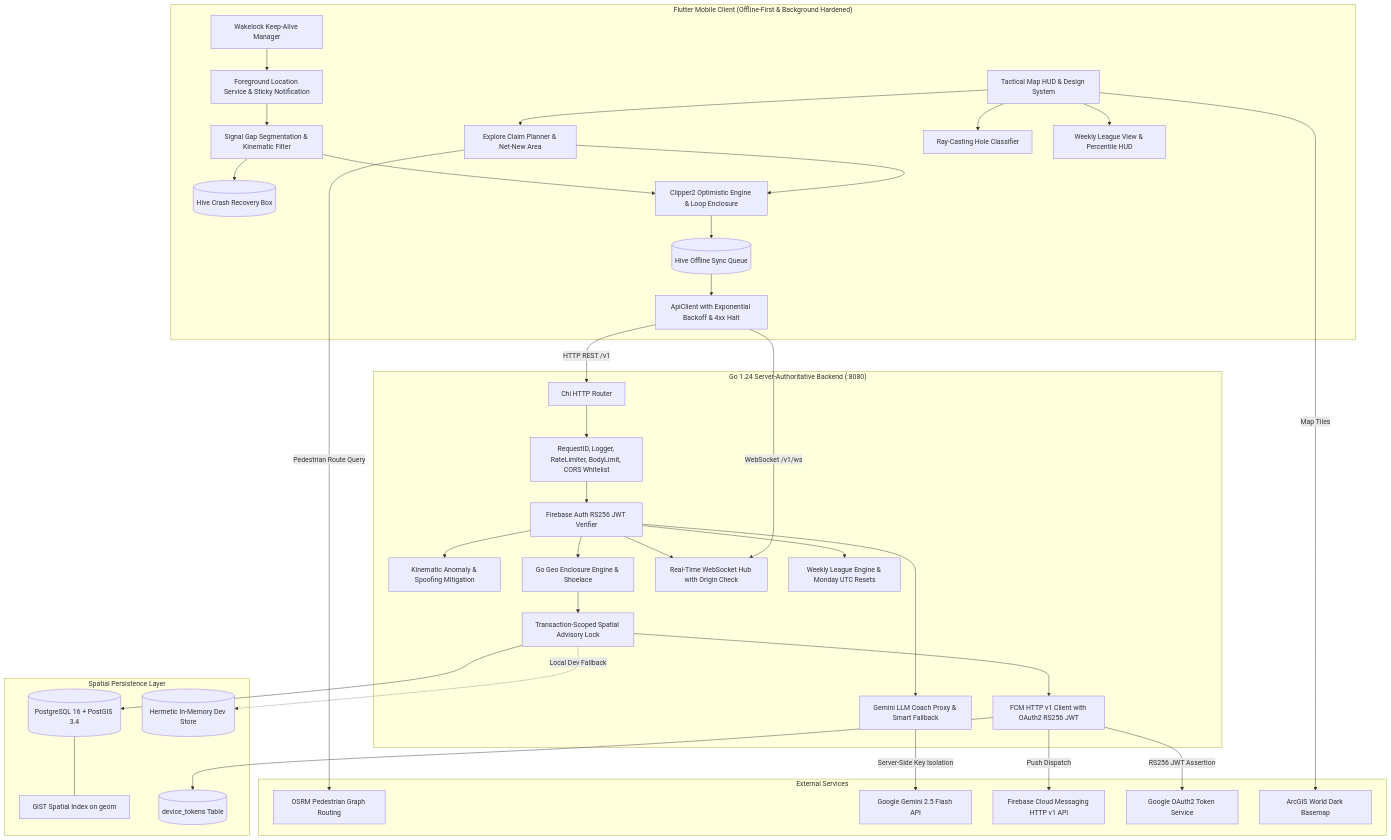
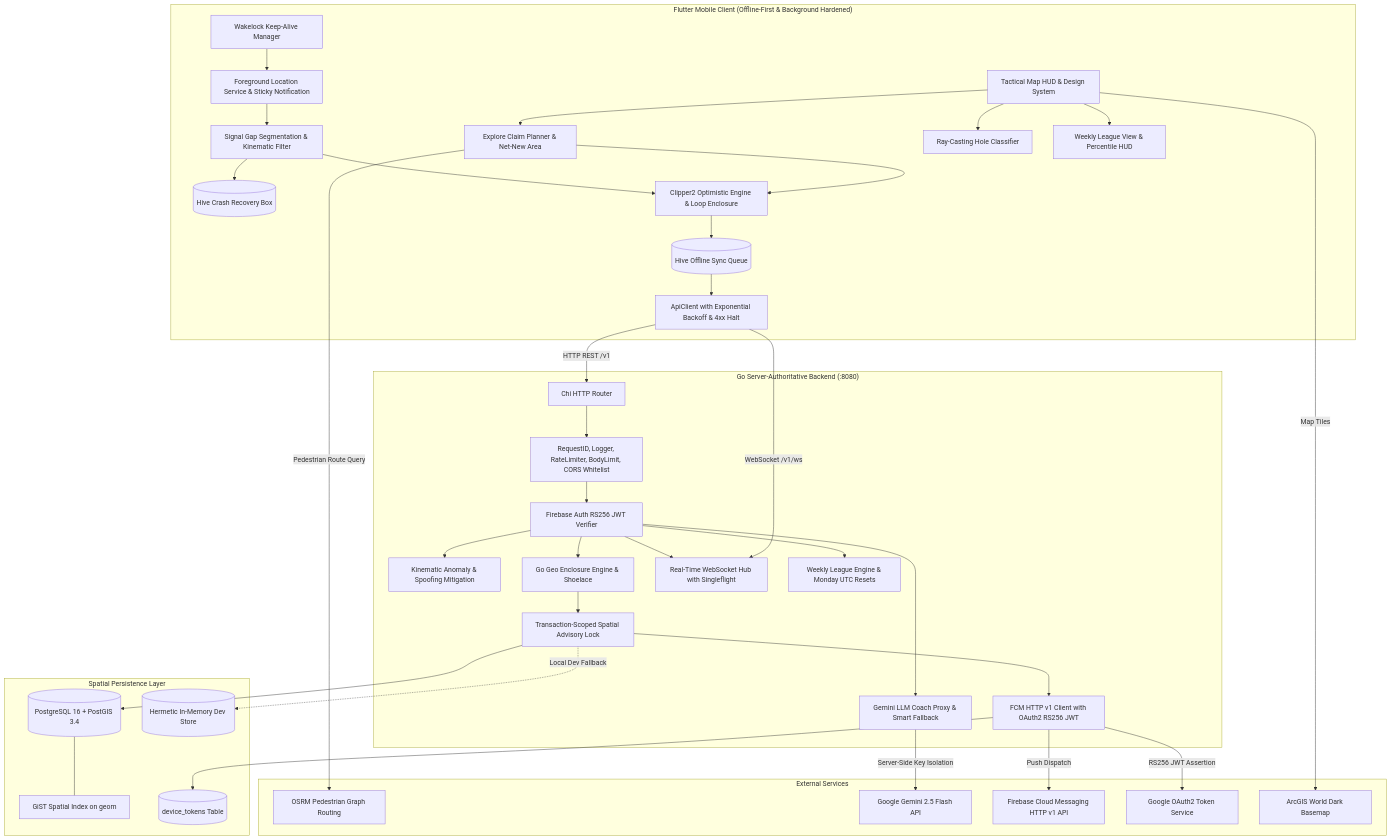
One commit to Ayush-00-hui/Territory-Runner-Game changed the first of 2 diagrams in README.md. Above: the diagram before and after it, drawn with Mermaid. The commit also changed other lines of this file, not shown here.

Commit message:
docs: update README with Hive AES-256 encryption, modular architecture, and latest test metrics

````diff
--- a/README.md
+++ b/README.md
@@ -127,78 +119,78 @@
 ```mermaid
 graph TD
     subgraph Client ["Flutter Mobile Client (Offline-First & Background Hardened)"]
         UI[Tactical Map HUD & Design System]
         ForegroundService[Foreground Location Service & Sticky Notification]
         WakeLockMgr[Wakelock Keep-Alive Manager]
         CrashBox[(Hive Crash Recovery Box)]
         SignalFilter[Signal Gap Segmentation & Kinematic Filter]
         ClaimPlanner[Explore Claim Planner & Net-New Area]
         LocalEngine[Clipper2 Optimistic Engine & Loop Enclosure]
         HiveQueue[(Hive Offline Sync Queue)]
         ApiClient[ApiClient with Exponential Backoff & 4xx Halt]
         HoleClassifier[Ray-Casting Hole Classifier]
         LeagueView[Weekly League View & Percentile HUD]
         
         ForegroundService --> SignalFilter
         WakeLockMgr --> ForegroundService
         SignalFilter --> CrashBox
         SignalFilter --> LocalEngine
         UI --> ClaimPlanner
         ClaimPlanner --> LocalEngine
         LocalEngine --> HiveQueue
         HiveQueue --> ApiClient
         UI --> HoleClassifier
         UI --> LeagueView
     end
 
-    subgraph Backend ["Go 1.24 Server-Authoritative Backend (:8080)"]
+    subgraph Backend ["Go Server-Authoritative Backend (:8080)"]
         ChiRouter[Chi HTTP Router]
         MiddlewareStack[RequestID, Logger, RateLimiter, BodyLimit, CORS Whitelist]
         AuthVerifier[Firebase Auth RS256 JWT Verifier]
         AntiCheat[Kinematic Anomaly & Spoofing Mitigation]
         GoGeoEngine[Go Geo Enclosure Engine & Shoelace]
         AdvisoryLock[Transaction-Scoped Spatial Advisory Lock]
-        WSHub[Real-Time WebSocket Hub with Origin Check]
+        WSHub[Real-Time WebSocket Hub with Singleflight]
         CoachProxy[Gemini LLM Coach Proxy & Smart Fallback]
         LeagueEngine[Weekly League Engine & Monday UTC Resets]
         FCMSender[FCM HTTP v1 Client with OAuth2 RS256 JWT]
 
         ChiRouter --> MiddlewareStack
         MiddlewareStack --> AuthVerifier
         AuthVerifier --> AntiCheat
         AuthVerifier --> GoGeoEngine
         AuthVerifier --> WSHub
         AuthVerifier --> CoachProxy
         AuthVerifier --> LeagueEngine
         GoGeoEngine --> AdvisoryLock
         AdvisoryLock --> FCMSender
     end
 
     subgraph Persistence ["Spatial Persistence Layer"]
         PostGIS[(PostgreSQL 16 + PostGIS 3.4)]
         GiSTIndex[GiST Spatial Index on geom]
         DeviceTokens[(device_tokens Table)]
         MemStore[(Hermetic In-Memory Dev Store)]
         
         AdvisoryLock --> PostGIS
         PostGIS --- GiSTIndex
         FCMSender --> DeviceTokens
         AdvisoryLock -.->|Local Dev Fallback| MemStore
     end
 
     subgraph External ["External Services"]
         OSRM[OSRM Pedestrian Graph Routing]
         Gemini[Google Gemini 2.5 Flash API]
         FCMService[Firebase Cloud Messaging HTTP v1 API]
         GoogleOAuth[Google OAuth2 Token Service]
         TileServer[ArcGIS World Dark Basemap]
     end
 
     ApiClient -->|HTTP REST /v1| ChiRouter
     ApiClient -->|WebSocket /v1/ws| WSHub
     FCMSender -->|RS256 JWT Assertion| GoogleOAuth
     FCMSender -->|Push Dispatch| FCMService
     ClaimPlanner -->|Pedestrian Route Query| OSRM
     CoachProxy -->|Server-Side Key Isolation| Gemini
     UI -->|Map Tiles| TileServer
 ```
````
